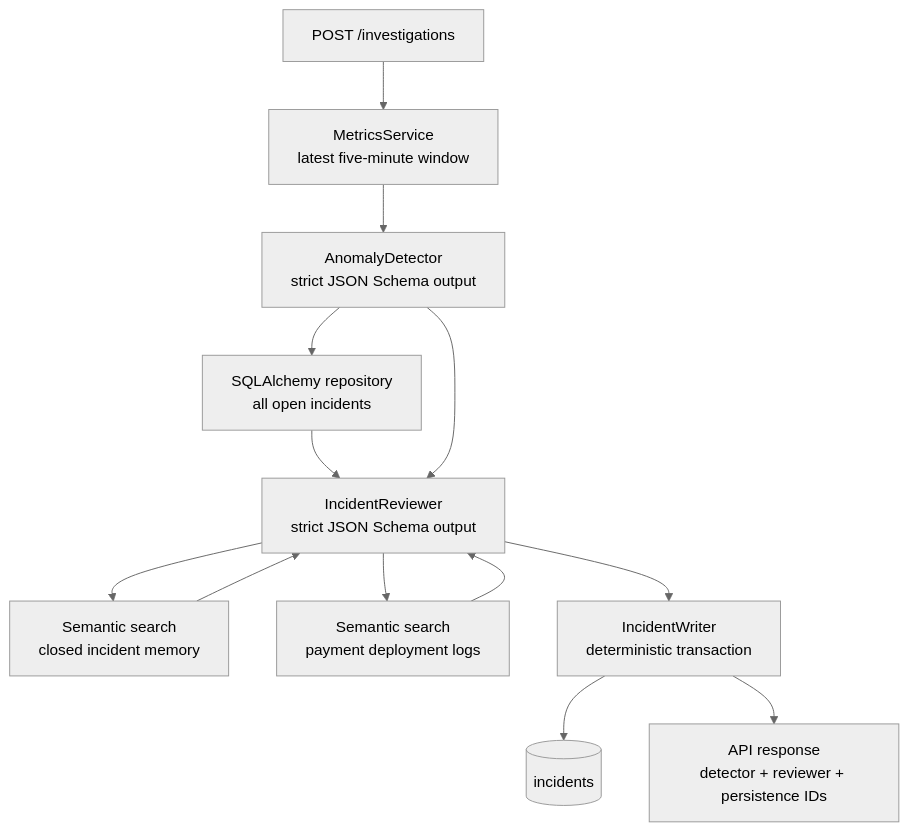
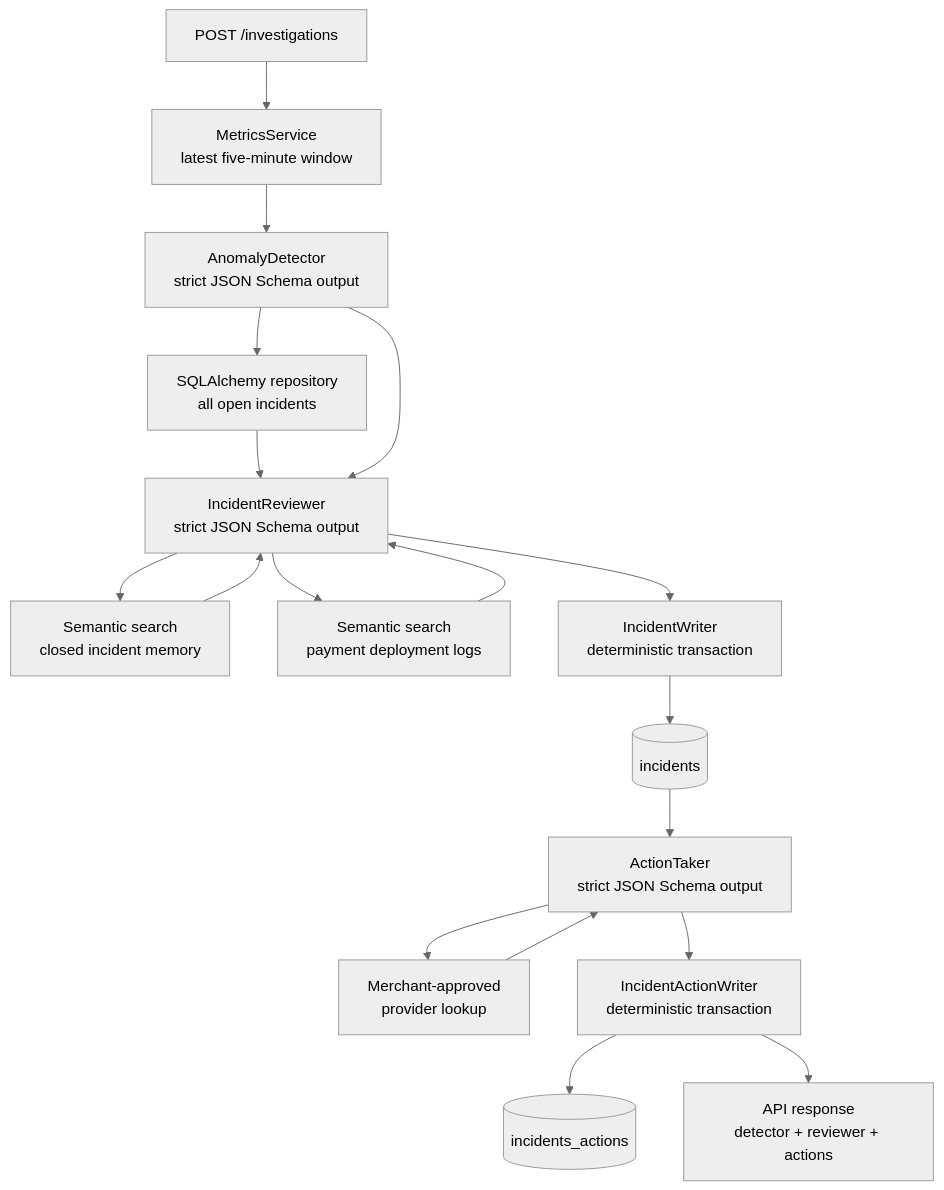
Before and after one commit to gaston-lm/tcp-nextwave-hackathon: the diagram in services/agent_api/README.md, drawn with Mermaid (neutral theme). The commit also changed other lines of this file and 21 other files, not shown here.

Commit message:
feat: add incident action tracking

````diff
--- a/services/agent_api/README.md
+++ b/services/agent_api/README.md
@@ -11,15 +11,20 @@
 ```mermaid
 flowchart TD
     Request[POST /investigations] --> Metrics[MetricsService\nlatest five-minute window]
     Metrics --> Detector[AnomalyDetector\nstrict JSON Schema output]
     Detector --> Recent[SQLAlchemy repository\nall open incidents]
     Recent --> Reviewer[IncidentReviewer\nstrict JSON Schema output]
     Detector --> Reviewer
     Reviewer --> Memory[Semantic search\nclosed incident memory]
     Reviewer --> Deploys[Semantic search\npayment deployment logs]
     Memory --> Reviewer
     Deploys --> Reviewer
     Reviewer --> Writer[IncidentWriter\ndeterministic transaction]
     Writer --> Incidents[(incidents)]
-    Writer --> Response[API response\ndetector + reviewer + persistence IDs]
+    Incidents --> Actions[ActionTaker\nstrict JSON Schema output]
+    Actions --> ProviderOptions[Merchant-approved\nprovider lookup]
+    ProviderOptions --> Actions
+    Actions --> ActionWriter[IncidentActionWriter\ndeterministic transaction]
+    ActionWriter --> IncidentActions[(incidents_actions)]
+    ActionWriter --> Response[API response\ndetector + reviewer + actions]
 ```
````
